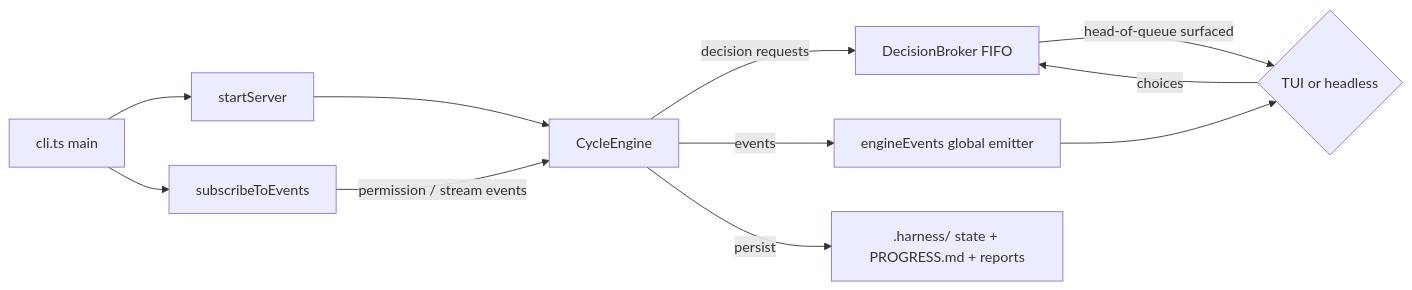
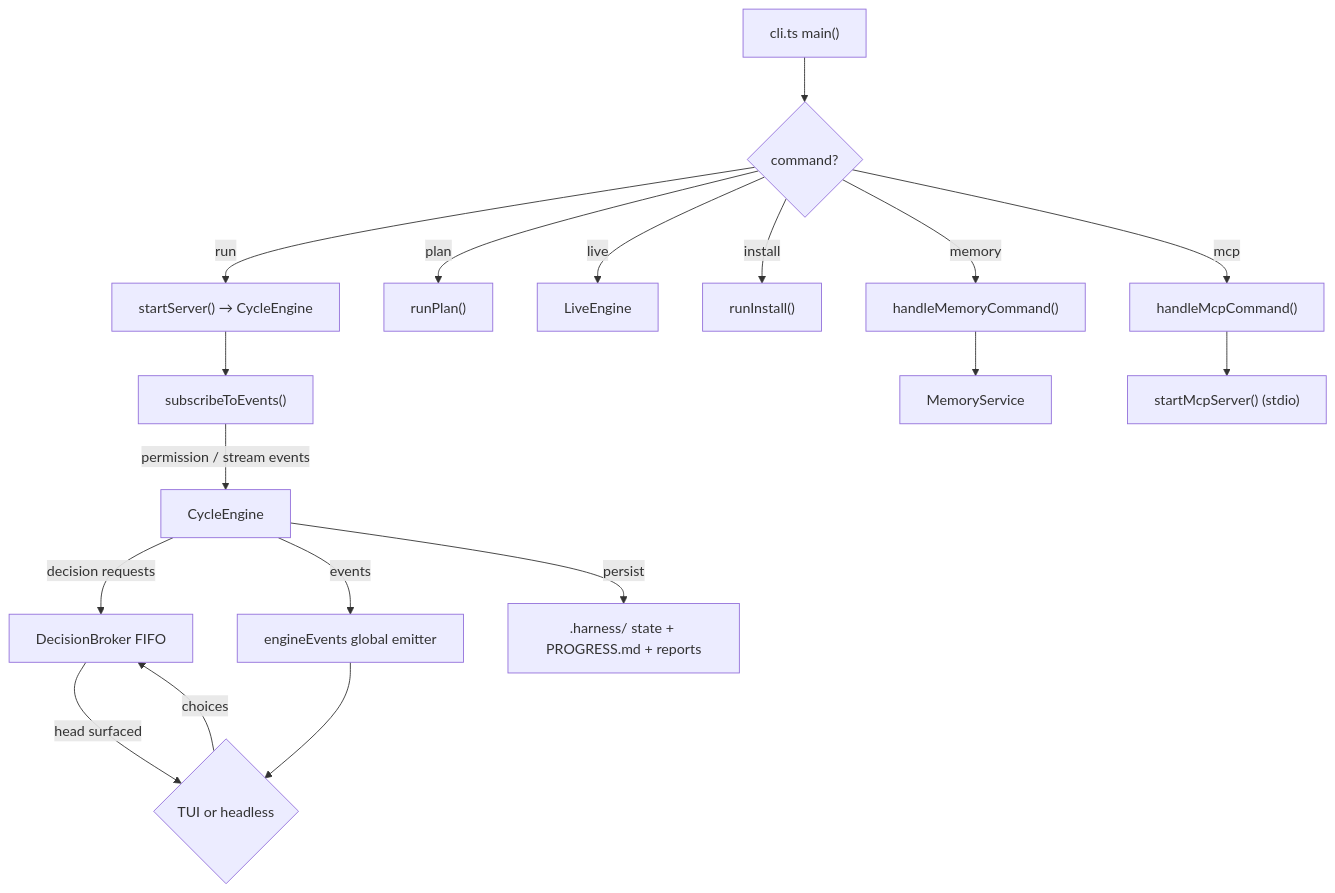
Before and after one commit to dahch/huginn: the first of 15 diagrams in DESIGN.md, drawn with Mermaid. The commit also changed other lines of this file and 3 other files, not shown here.

Commit message:
docs(muninn): document CLI commands, ADR-17, and stdio MCP runner architecture

````diff
--- a/DESIGN.md
+++ b/DESIGN.md
@@ -82,12 +84,22 @@
 ```mermaid
-flowchart LR
-    A[cli.ts main] --> B[startServer] --> C[CycleEngine]
-    A --> D[subscribeToEvents]
-    D -- permission / stream events --> C
-    C -- decision requests --> E[DecisionBroker FIFO]
-    E -- head-of-queue surfaced --> F{TUI or headless}
-    F -- choices --> E
-    C -- events --> G[engineEvents global emitter]
-    G --> F
-    C -- persist --> H[.harness/ state + PROGRESS.md + reports]
+flowchart TD
+    CLI["cli.ts main()"] --> CMD{"command?"}
+    CMD -- "run" --> RUN["startServer() → CycleEngine"]
+    CMD -- "plan" --> PLAN["runPlan()"]
+    CMD -- "live" --> LIVE["LiveEngine"]
+    CMD -- "install" --> INST["runInstall()"]
+    CMD -- "memory" --> MEM["handleMemoryCommand()"]
+    CMD -- "mcp" --> MCP["handleMcpCommand()"]
+
+    MEM --> MS["MemoryService"]
+    MCP --> SRV["startMcpServer() (stdio)"]
+
+    RUN --> SEV["subscribeToEvents()"]
+    SEV -- permission / stream events --> CE["CycleEngine"]
+    CE -- decision requests --> DB["DecisionBroker FIFO"]
+    DB -- head surfaced --> FE{"TUI or headless"}
+    FE -- choices --> DB
+    CE -- events --> EE["engineEvents global emitter"]
+    EE --> FE
+    CE -- persist --> HAR[".harness/ state + PROGRESS.md + reports"]
 ```
````
